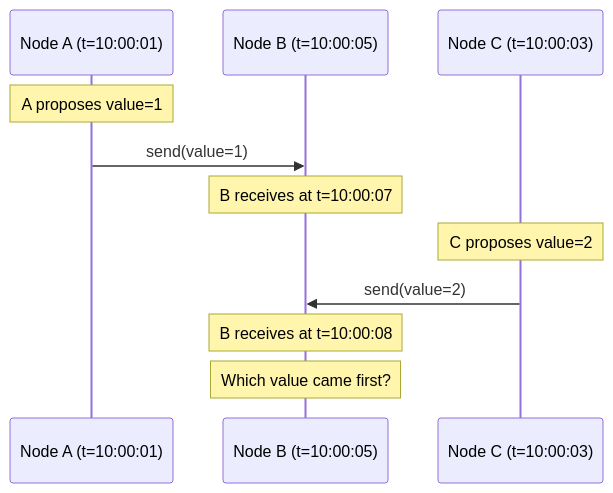
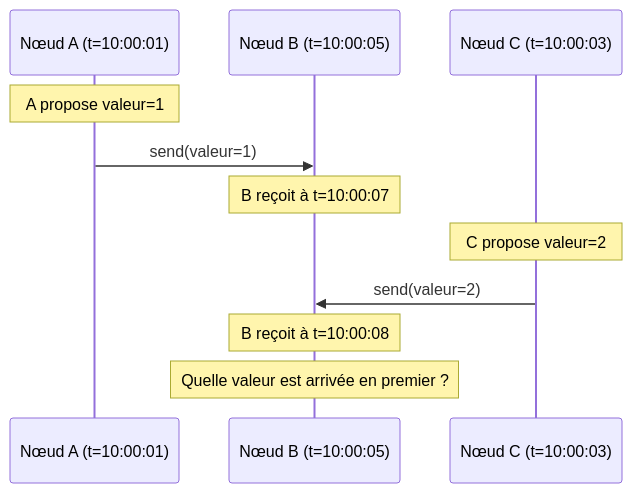
One commit to dardourimohamed/distributed-systems-course changed the third of 9 diagrams in src/consensus/11-what-is-consensus.md. Above: the diagram before and after it, drawn with Mermaid. The commit also changed other lines of this file and 38 other files, not shown here.

````diff
--- a/src/consensus/11-what-is-consensus.md
+++ b/src/consensus/11-what-is-consensus.md
@@ -130,16 +134,16 @@
 ```mermaid
 sequenceDiagram
-    participant A as Node A (t=10:00:01)
-    participant B as Node B (t=10:00:05)
-    participant C as Node C (t=10:00:03)
+    participant A as Nœud A (t=10:00:01)
+    participant B as Nœud B (t=10:00:05)
+    participant C as Nœud C (t=10:00:03)
 
-    Note over A: A proposes value=1
-    A->>B: send(value=1)
-    Note over B: B receives at t=10:00:07
+    Note over A: A propose valeur=1
+    A->>B: send(valeur=1)
+    Note over B: B reçoit à t=10:00:07
 
-    Note over C: C proposes value=2
-    C->>B: send(value=2)
-    Note over B: B receives at t=10:00:08
+    Note over C: C propose valeur=2
+    C->>B: send(valeur=2)
+    Note over B: B reçoit à t=10:00:08
 
-    Note over B: Which value came first?
+    Note over B: Quelle valeur est arrivée en premier ?
 ```
````
